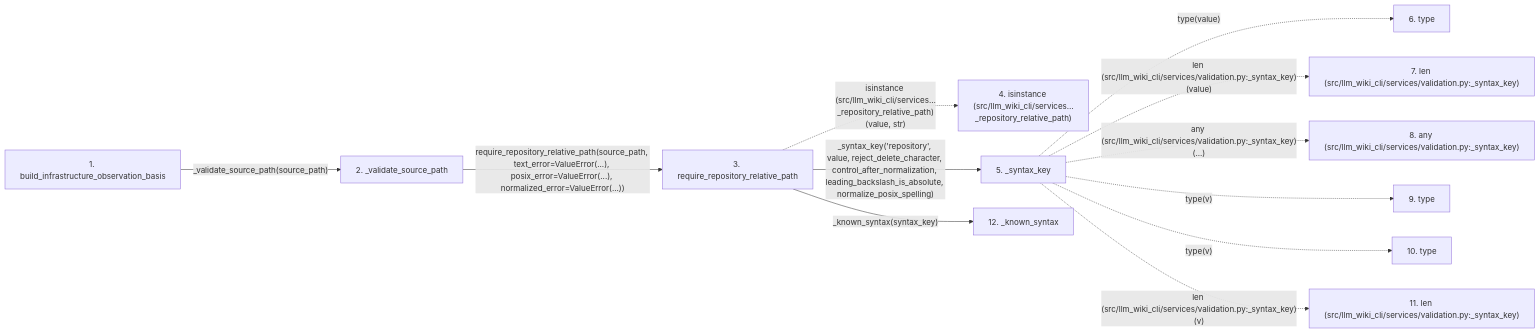
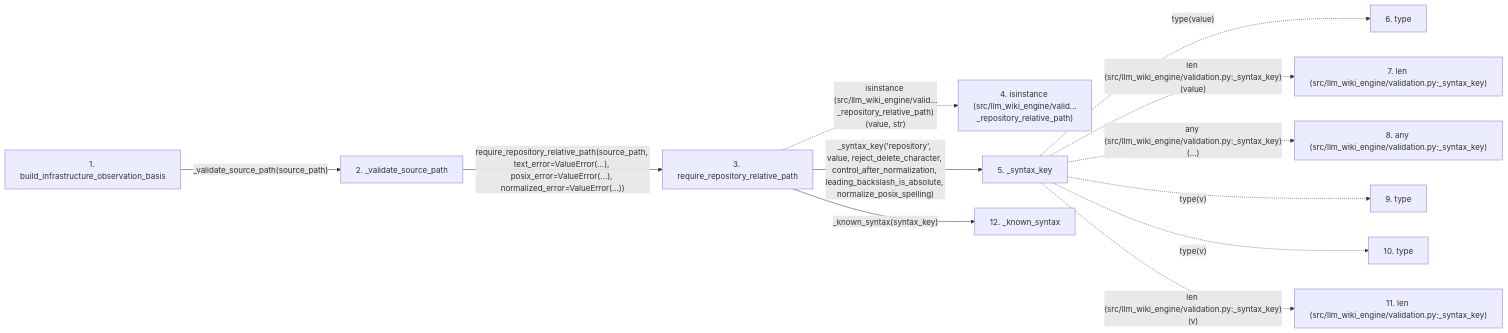
The second of 2 diagrams in docs/llm_wiki/flows/api-build_infrastructure_observation_basis.md (Denissvgn/python-wiki-llm), drawn with Mermaid before and after one commit. The commit also changed other lines of this file and 1103 other files, not shown here.

First line of the commit message:
docs: refresh the wiki for the llm-wiki-engine distribution

````diff
--- a/docs/llm_wiki/flows/api-build_infrastructure_observation_basis.md
+++ b/docs/llm_wiki/flows/api-build_infrastructure_observation_basis.md
@@ -124,31 +124,31 @@
 ```mermaid
 flowchart LR
     s1["1. build_infrastructure_observation_basis"]
     s2["2. _validate_source_path"]
     s3["3. require_repository_relative_path"]
-    s4["4. isinstance (src/llm_wiki_cli/services…_repository_relative_path)"]
+    s4["4. isinstance (src/llm_wiki_engine/valid…_repository_relative_path)"]
     s5["5. _syntax_key"]
     s6["6. type"]
-    s7["7. len (src/llm_wiki_cli/services/validation.py:_syntax_key)"]
-    s8["8. any (src/llm_wiki_cli/services/validation.py:_syntax_key)"]
+    s7["7. len (src/llm_wiki_engine/validation.py:_syntax_key)"]
+    s8["8. any (src/llm_wiki_engine/validation.py:_syntax_key)"]
     s9["9. type"]
     s10["10. type"]
-    s11["11. len (src/llm_wiki_cli/services/validation.py:_syntax_key)"]
+    s11["11. len (src/llm_wiki_engine/validation.py:_syntax_key)"]
     s12["12. _known_syntax"]
     s1 -->|"_validate_source_path(source_path)"| s2
     s2 -->|"require_repository_relative_path(source_path, text_error=ValueError(...), posix_error=ValueError(...), normalized_error=ValueError(...))"| s3
-    s3 -. "isinstance (src/llm_wiki_cli/services…_repository_relative_path)(value, str)" .-> s4
+    s3 -. "isinstance (src/llm_wiki_engine/valid…_repository_relative_path)(value, str)" .-> s4
     s3 -->|"_syntax_key('repository', value, reject_delete_character, control_after_normalization, leading_backslash_is_absolute, normalize_posix_spelling)"| s5
     s5 -. "type(value)" .-> s6
-    s5 -. "len (src/llm_wiki_cli/services/validation.py:_syntax_key)(value)" .-> s7
-    s5 -. "any (src/llm_wiki_cli/services/validation.py:_syntax_key)(...)" .-> s8
+    s5 -. "len (src/llm_wiki_engine/validation.py:_syntax_key)(value)" .-> s7
+    s5 -. "any (src/llm_wiki_engine/validation.py:_syntax_key)(...)" .-> s8
     s5 -. "type(v)" .-> s9
     s5 -. "type(v)" .-> s10
-    s5 -. "len (src/llm_wiki_cli/services/validation.py:_syntax_key)(v)" .-> s11
+    s5 -. "len (src/llm_wiki_engine/validation.py:_syntax_key)(v)" .-> s11
     s3 -->|"_known_syntax(syntax_key)"| s12
     click s1 "../modules/knowledge_evidence.md"
     click s2 "../modules/knowledge_evidence.md"
     click s3 "../modules/validation.md"
     click s5 "../modules/validation.md"
     click s12 "../modules/validation.md"
 ```
````
